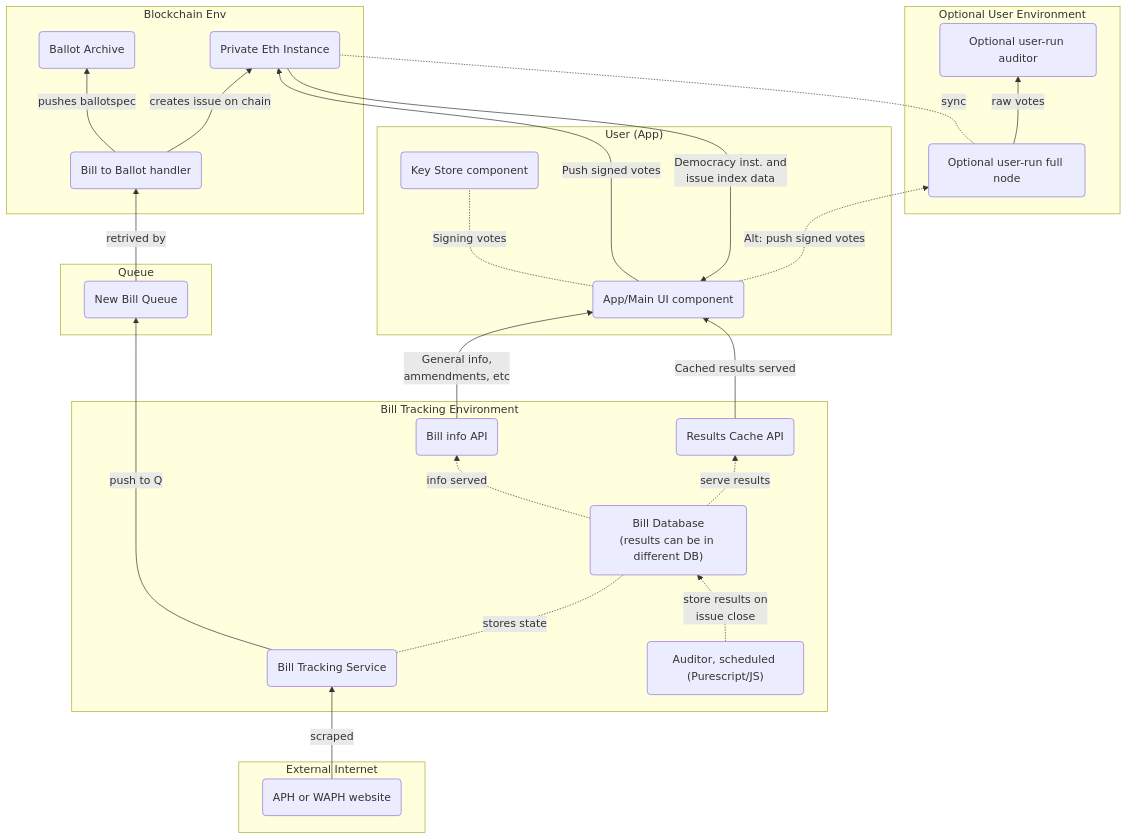
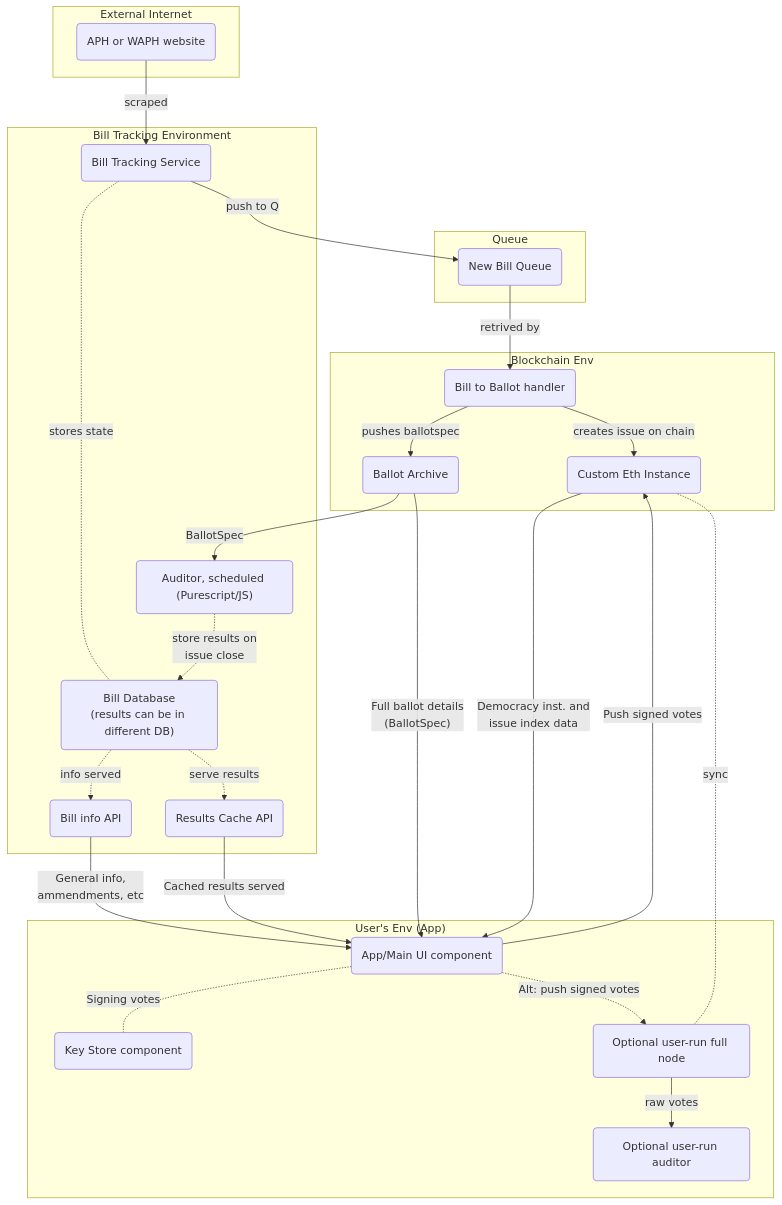
Before and after one commit to voteflux/digipol: the diagram in README.md, drawn with Mermaid. The commit also changed 2 other files, not shown here.

Commit message:
update with some links I forgot

````diff
--- a/README.md
+++ b/README.md
@@ -152,57 +152,58 @@
 ```mermaid
-graph BT
+graph TB
 
 subgraph External Internet
-PH(APH or WAPH website)
+    PH(APH or WAPH website)
 end
 
 subgraph Queue
-BillQ(New Bill Queue)
+    BillQ(New Bill Queue)
 end
 
-subgraph "User (App)"
-App(App/Main UI component)
-KeyStore(Key Store component)
-end
+subgraph "User's Env (App)"
+    App(App/Main UI component)
+    KeyStore(Key Store component)
 
-subgraph "Optional User Environment"
-UserNode(Optional user-run full node)
-UserAuditor(Optional user-run auditor)
+    UserNode(Optional user-run full node)
+    UserAuditor(Optional user-run auditor)
 end
 
 subgraph Bill Tracking Environment
-BillTracker(Bill Tracking Service)
-BillDB("Bill Database<br/>(results can be in different DB)")
-BillApi(Bill info API)
-ResultsCacheApi(Results Cache API)
-AuditJob("Auditor, scheduled (Purescript/JS)")
+    BillTracker(Bill Tracking Service)
+    BillDB("Bill Database<br/>(results can be in different DB)")
+    BillApi(Bill info API)
+    ResultsCacheApi(Results Cache API)
+    AuditJob("Auditor, scheduled (Purescript/JS)")
 end
 
 subgraph Blockchain Env
-BillToBallot(Bill to Ballot handler)
-BallotArchive(Ballot Archive)
-PrivChain(Private Eth Instance)
+    BillToBallot(Bill to Ballot handler)
+    PrivChain(Custom Eth Instance)
+    BallotArchive(Ballot Archive)
 end
 
 PH -->|scraped| BillTracker
+BillTracker -->|push to Q| BillQ
 BillTracker -.-|stores state| BillDB
-BillTracker -->|push to Q| BillQ
 BillDB -.->|info served| BillApi
 
 AuditJob -.->|store results on<br/>issue close| BillDB
 BillDB -.->|serve results| ResultsCacheApi
 
 BillQ -->|retrived by| BillToBallot
+BillToBallot -->|creates issue on chain| PrivChain
 BillToBallot -->|pushes ballotspec| BallotArchive
-BillToBallot -->|creates issue on chain| PrivChain
 
 BillApi -->|General info,<br/>ammendments, etc| App 
 ResultsCacheApi -->|Cached results served| App 
-PrivChain -->|Democracy inst. and<br/>issue index data| App
 App -.-|Signing votes| KeyStore
 App -->|Push signed votes| PrivChain
 App -.->|Alt: push signed votes| UserNode
+BallotArchive -->|"Full ballot details<br/>(BallotSpec)"| App
+PrivChain -->|Democracy inst. and<br/>issue index data| App
+
+BallotArchive -->|BallotSpec| AuditJob
 
 UserNode -.-|sync| PrivChain
 UserNode -->|raw votes| UserAuditor
 ```
````
